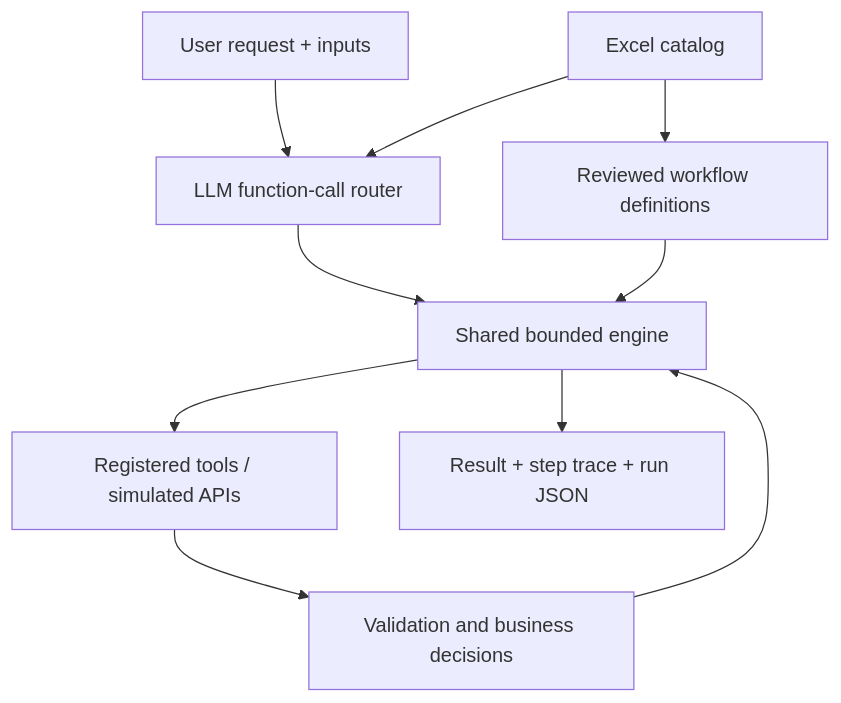
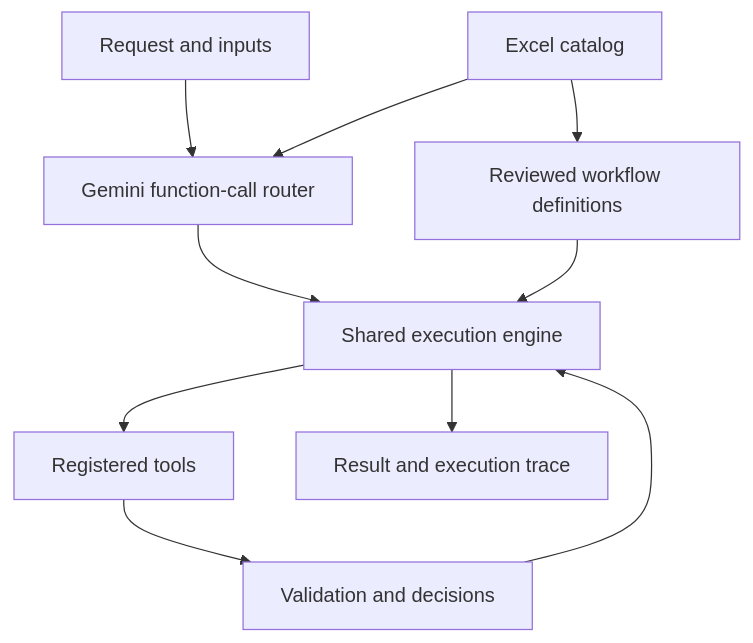
Before and after one commit to Kirito9988/ai-workflow-agent: the diagram in README.md, drawn with Mermaid. The commit also changed other lines of this file and 9 other files, not shown here.

````diff
--- a/README.md
+++ b/README.md
@@ -74,12 +40,12 @@
 ```mermaid
 flowchart TD
-  U["User request + inputs"] --> R["LLM function-call router"]
+  U["Request and inputs"] --> R["Gemini function-call router"]
   X["Excel catalog"] --> R
-  X --> V["Reviewed workflow definitions"]
-  R --> E["Shared bounded engine"]
-  V --> E
-  E --> T["Registered tools / simulated APIs"]
-  T --> C["Validation and business decisions"]
+  X --> D["Reviewed workflow definitions"]
+  R --> E["Shared execution engine"]
+  D --> E
+  E --> T["Registered tools"]
+  T --> C["Validation and decisions"]
   C --> E
-  E --> O["Result + step trace + run JSON"]
+  E --> O["Result and execution trace"]
 ```
````
